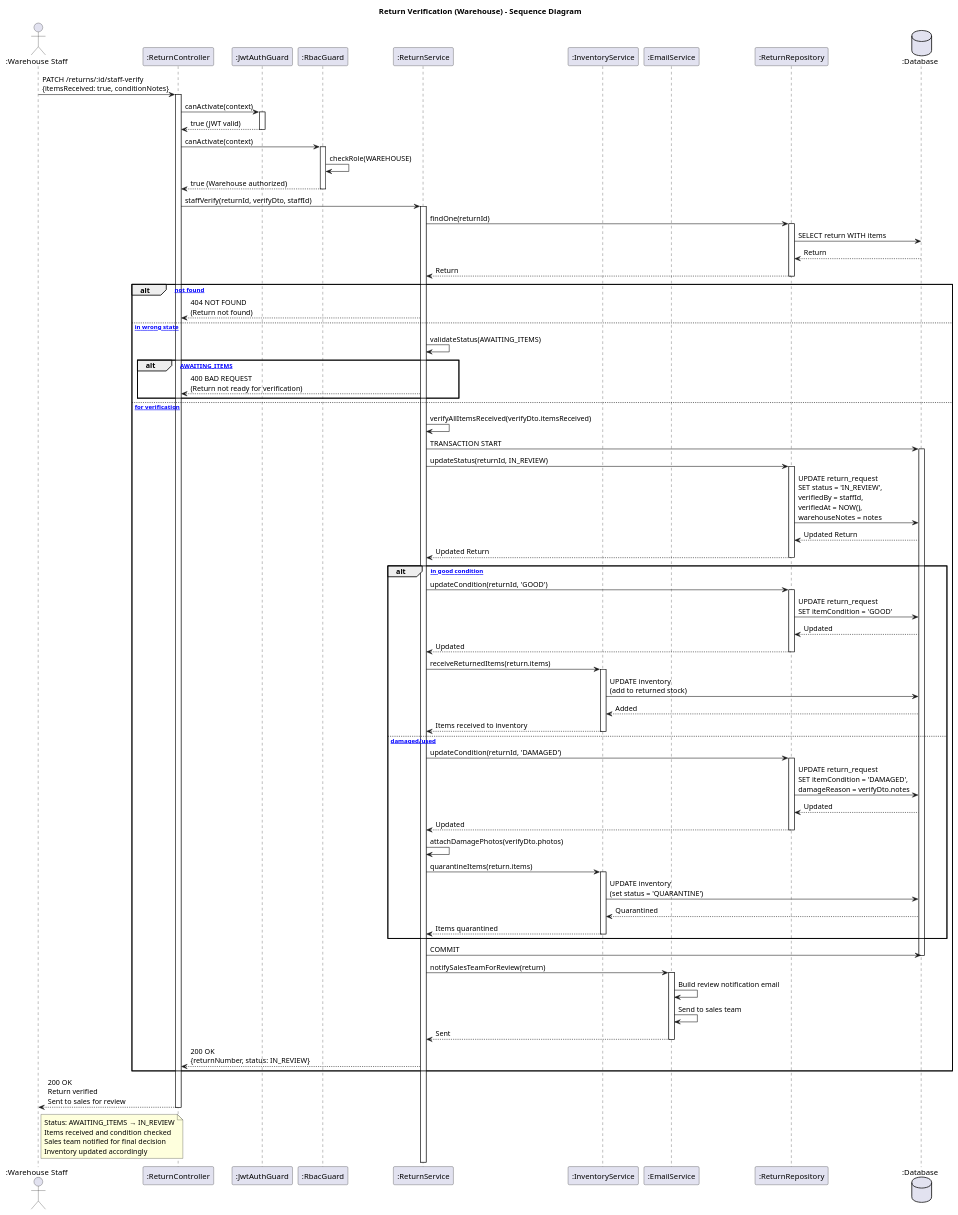
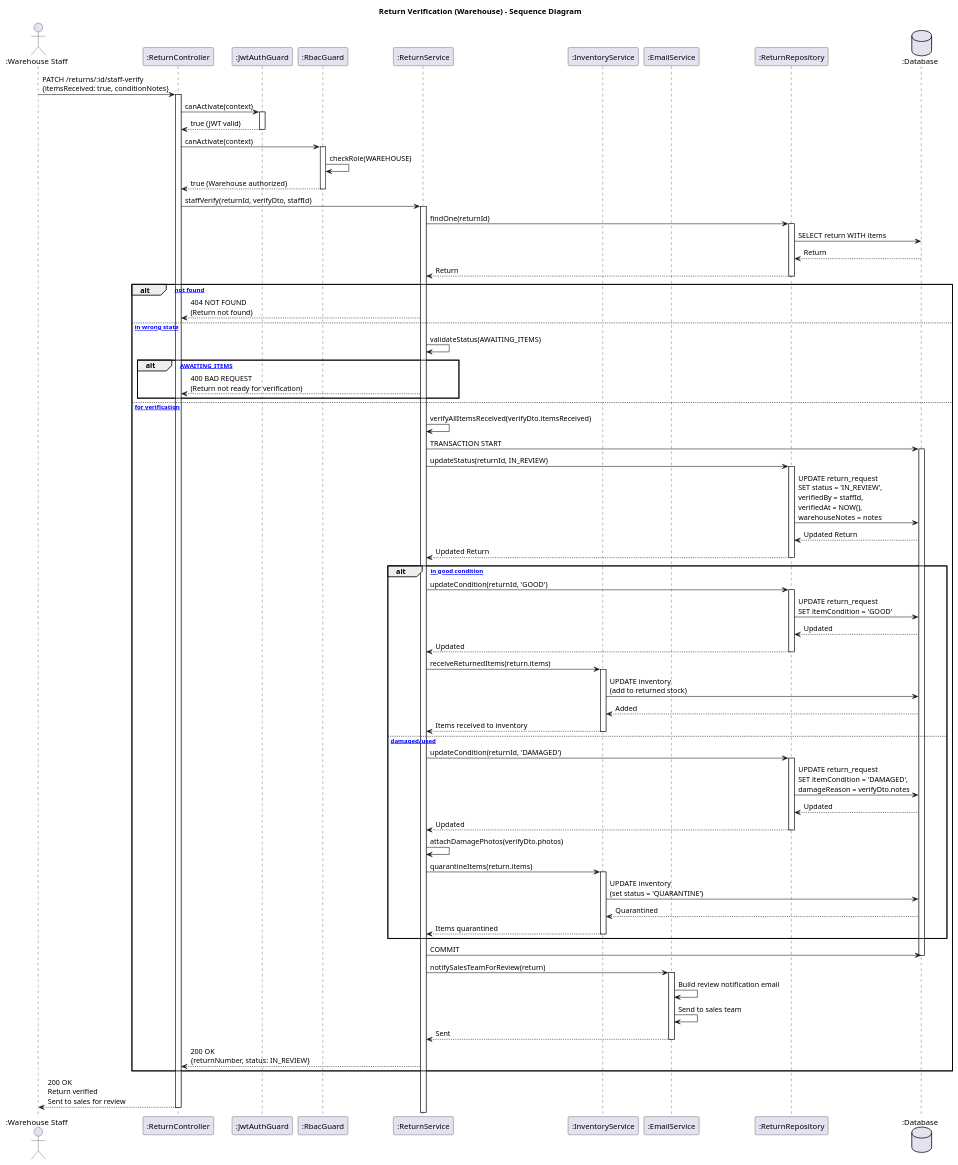
The diagram in diagrams/details/return-management/sequence-verify.puml (toank5/WDP), drawn with PlantUML before and after one commit. The commit also changed 60 other files, not shown here.

Commit message:
Add sequence and class diagrams for inventory, preorder, return, revenue, and supplier management; implement role permissions and software testing documentation

```diff
--- a/diagrams/details/return-management/sequence-verify.puml
+++ b/diagrams/details/return-management/sequence-verify.puml
@@ -1,114 +1,108 @@
 @startuml ReturnVerifySequence
 title Return Verification (Warehouse) - Sequence Diagram
 
 actor ":Warehouse Staff" as warehouse
 participant ":ReturnController" as controller
 participant ":JwtAuthGuard" as authGuard
 participant ":RbacGuard" as rbacGuard
 participant ":ReturnService" as returnService
 participant ":InventoryService" as inventoryService
 participant ":EmailService" as emailService
 participant ":ReturnRepository" as returnRepo
 database ":Database" as db
 
 warehouse -> controller: PATCH /returns/:id/staff-verify\n{itemsReceived: true, conditionNotes}
 activate controller
 
 controller -> authGuard: canActivate(context)
 activate authGuard
 authGuard --> controller: true (JWT valid)
 deactivate authGuard
 
 controller -> rbacGuard: canActivate(context)
 activate rbacGuard
 rbacGuard -> rbacGuard: checkRole(WAREHOUSE)
 rbacGuard --> controller: true (Warehouse authorized)
 deactivate rbacGuard
 
 controller -> returnService: staffVerify(returnId, verifyDto, staffId)
 activate returnService
 
 returnService -> returnRepo: findOne(returnId)
 activate returnRepo
 returnRepo -> db: SELECT return WITH items
 db --> returnRepo: Return
 returnRepo --> returnService: Return
 deactivate returnRepo
 
 alt [Return not found]
     returnService --> controller: 404 NOT FOUND\n(Return not found)
 else [Return in wrong state]
     returnService -> returnService: validateStatus(AWAITING_ITEMS)
     alt [Not AWAITING_ITEMS]
         returnService --> controller: 400 BAD REQUEST\n(Return not ready for verification)
     end
 else [Ready for verification]
     returnService -> returnService: verifyAllItemsReceived(verifyDto.itemsReceived)
 
     returnService -> db: TRANSACTION START
     activate db
 
     returnService -> returnRepo: updateStatus(returnId, IN_REVIEW)
     activate returnRepo
     returnRepo -> db: UPDATE return_request\nSET status = 'IN_REVIEW',\nverifiedBy = staffId,\nverifiedAt = NOW(),\nwarehouseNotes = notes
     db --> returnRepo: Updated Return
     returnRepo --> returnService: Updated Return
     deactivate returnRepo
 
     alt [Items in good condition]
         returnService -> returnRepo: updateCondition(returnId, 'GOOD')
         activate returnRepo
         returnRepo -> db: UPDATE return_request\nSET itemCondition = 'GOOD'
         db --> returnRepo: Updated
         returnRepo --> returnService: Updated
         deactivate returnRepo
 
         returnService -> inventoryService: receiveReturnedItems(return.items)
         activate inventoryService
         inventoryService -> db: UPDATE inventory\n(add to returned stock)
         db --> inventoryService: Added
         inventoryService --> returnService: Items received to inventory
         deactivate inventoryService
 
     else [Items damaged/used]
         returnService -> returnRepo: updateCondition(returnId, 'DAMAGED')
         activate returnRepo
         returnRepo -> db: UPDATE return_request\nSET itemCondition = 'DAMAGED',\ndamageReason = verifyDto.notes
         db --> returnRepo: Updated
         returnRepo --> returnService: Updated
         deactivate returnRepo
 
         returnService -> returnService: attachDamagePhotos(verifyDto.photos)
 
         returnService -> inventoryService: quarantineItems(return.items)
         activate inventoryService
         inventoryService -> db: UPDATE inventory\n(set status = 'QUARANTINE')
         db --> inventoryService: Quarantined
         inventoryService --> returnService: Items quarantined
         deactivate inventoryService
     end
 
     returnService -> db: COMMIT
     deactivate db
 
     returnService -> emailService: notifySalesTeamForReview(return)
     activate emailService
     emailService -> emailService: Build review notification email
     emailService -> emailService: Send to sales team
     emailService --> returnService: Sent
     deactivate emailService
 
     returnService --> controller: 200 OK\n{returnNumber, status: IN_REVIEW}
 end
 
 controller --> warehouse: 200 OK\nReturn verified\nSent to sales for review
 deactivate controller
 
-note right of warehouse
-  Status: AWAITING_ITEMS → IN_REVIEW
-  Items received and condition checked
-  Sales team notified for final decision
-  Inventory updated accordingly
-end note
 
 @enduml
```
